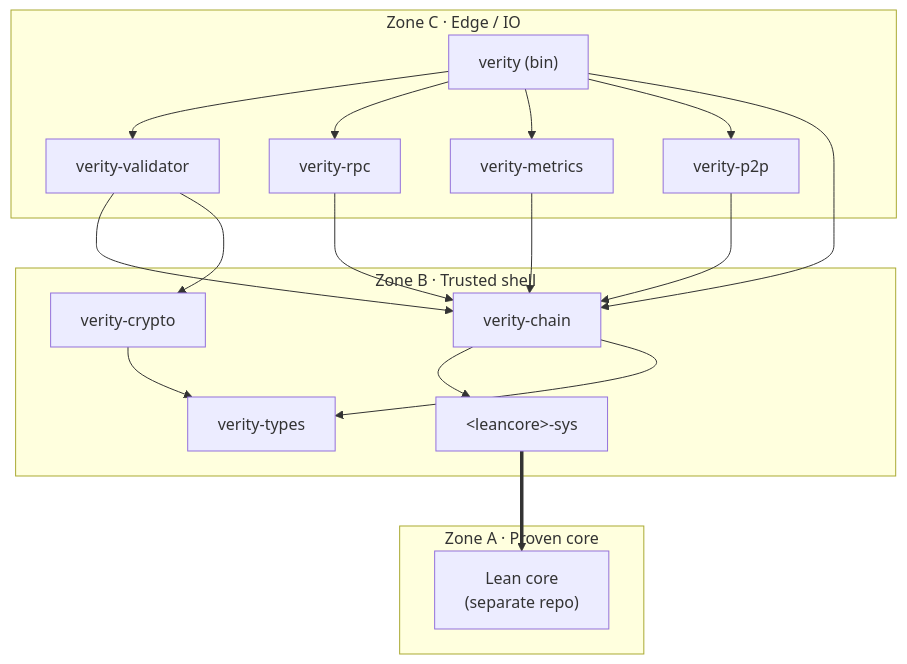
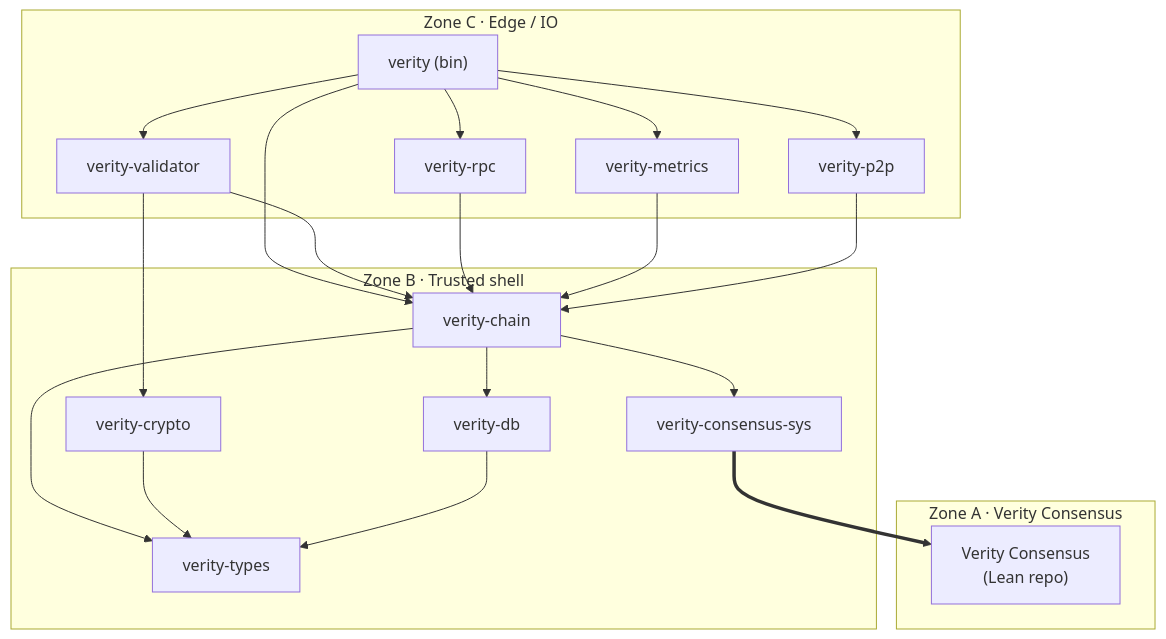
One commit to NyxFoundation/verity changed the third of 3 diagrams in ARCHITECTURE.md. Above: the diagram before and after it, drawn with Mermaid. The commit also changed other lines of this file and 28 other files, not shown here.

````diff
--- a/ARCHITECTURE.md
+++ b/ARCHITECTURE.md
@@ -136,33 +139,36 @@
 ```mermaid
 flowchart TB
     subgraph ZC["Zone C · Edge / IO"]
         BIN["verity (bin)"]
         VAL["verity-validator"]
         RPC["verity-rpc"]
         MET["verity-metrics"]
         P2P["verity-p2p"]
     end
     subgraph ZB["Zone B · Trusted shell"]
         CHAIN["verity-chain"]
         CRYPTO["verity-crypto"]
+        DB["verity-db"]
         TYPES["verity-types"]
-        SYS["&lt;leancore&gt;-sys"]
+        SYS["verity-consensus-sys"]
     end
-    subgraph ZA["Zone A · Proven core"]
-        LEAN["Lean core<br/>(separate repo)"]
+    subgraph ZA["Zone A · Verity Consensus"]
+        LEAN["Verity Consensus<br/>(Lean repo)"]
     end
     BIN --> VAL
     BIN --> RPC
     BIN --> MET
     BIN --> P2P
     BIN --> CHAIN
     VAL --> CHAIN
     VAL --> CRYPTO
     RPC --> CHAIN
     MET --> CHAIN
     P2P --> CHAIN
     CHAIN --> SYS
     SYS ==> LEAN
+    CHAIN --> DB
     CHAIN --> TYPES
     CRYPTO --> TYPES
+    DB --> TYPES
 ```
````
